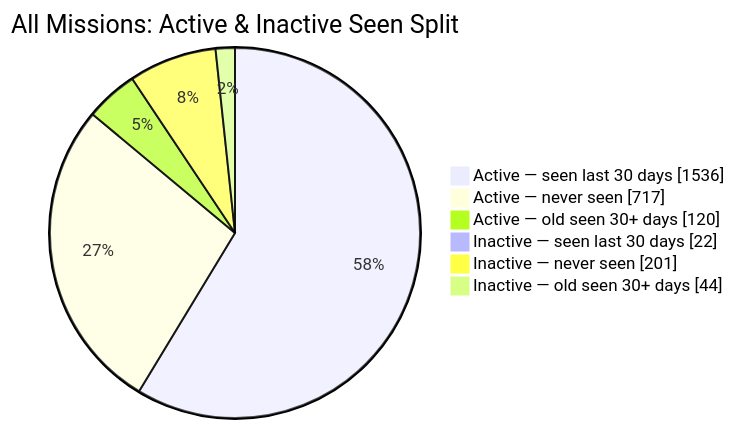
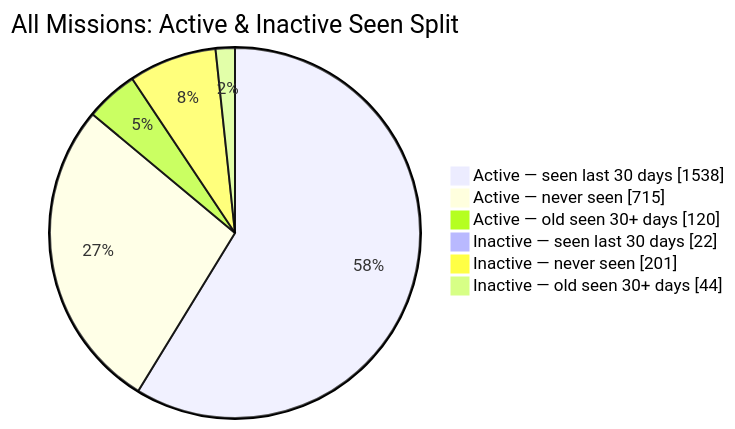
The second of 2 diagrams in README.md (MeldkamerspelGameTeam/active-missions), drawn with Mermaid before and after one commit. The commit also changed other lines of this file and 2 other files, not shown here.

````diff
--- a/README.md
+++ b/README.md
@@ -44,10 +44,10 @@
 ```mermaid
 pie showData
     title All Missions: Active & Inactive Seen Split
-    "Active — seen last 30 days" : 1536
-    "Active — never seen" : 717
+    "Active — seen last 30 days" : 1538
+    "Active — never seen" : 715
     "Active — old seen 30+ days" : 120
     "Inactive — seen last 30 days" : 22
     "Inactive — never seen" : 201
     "Inactive — old seen 30+ days" : 44
 ```
````
